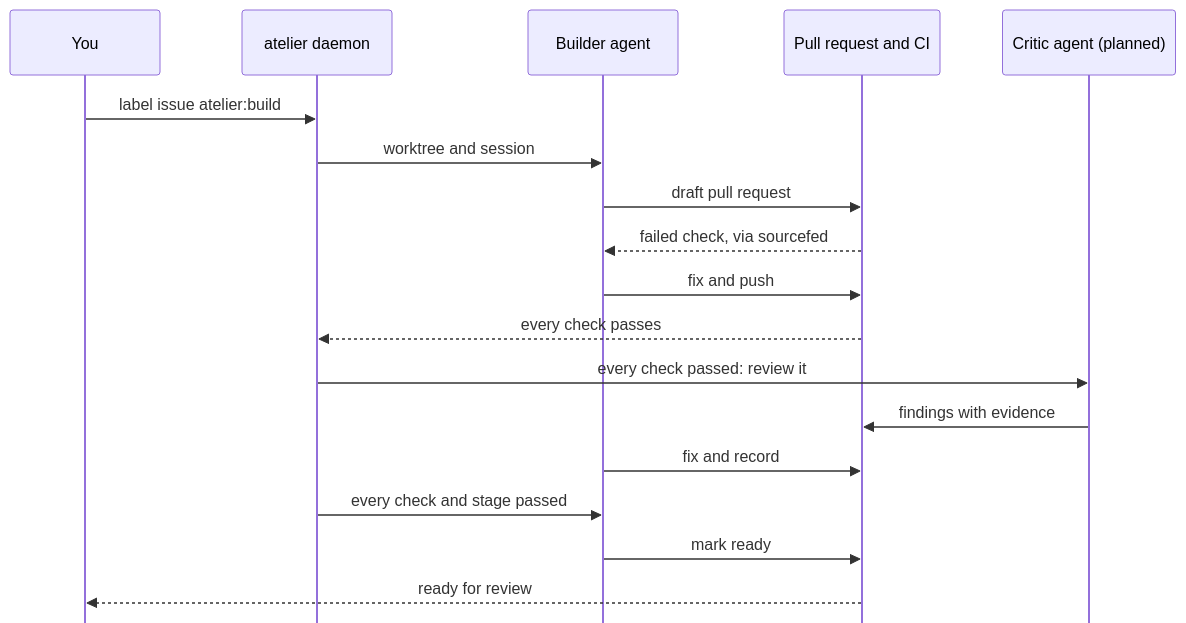
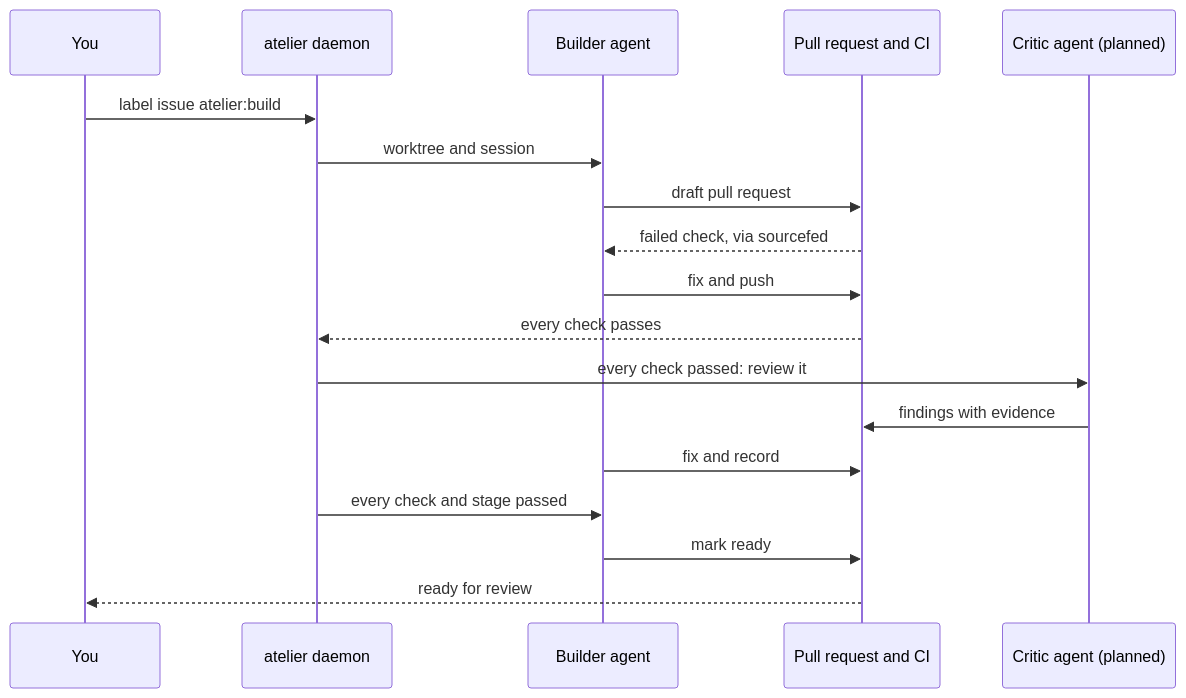
Before and after one commit to StevenJPx2/workhorse: the third of 5 diagrams in deck/slides.md, drawn with Mermaid.

Commit message:
docs(deck): show the whole feature sequence, as the docs do

````diff
--- a/deck/slides.md
+++ b/deck/slides.md
@@ -586,25 +586,20 @@
-```mermaid {scale: 0.5}
----
-config:
-  sequence:
-    mirrorActors: false
----
+```mermaid {scale: 0.48}
 sequenceDiagram
     participant You
     participant Atelier as atelier daemon
     participant Builder as Builder agent
     participant PR as Pull request and CI
     participant Critic as Critic agent (planned)
     You->>Atelier: label issue atelier:build
     Atelier->>Builder: worktree and session
     Builder->>PR: draft pull request
     PR-->>Builder: failed check, via sourcefed
     Builder->>PR: fix and push
     PR-->>Atelier: every check passes
     Atelier->>Critic: every check passed: review it
     Critic->>PR: findings with evidence
     Builder->>PR: fix and record
     Atelier->>Builder: every check and stage passed
     Builder->>PR: mark ready
     PR-->>You: ready for review
 ```
````
